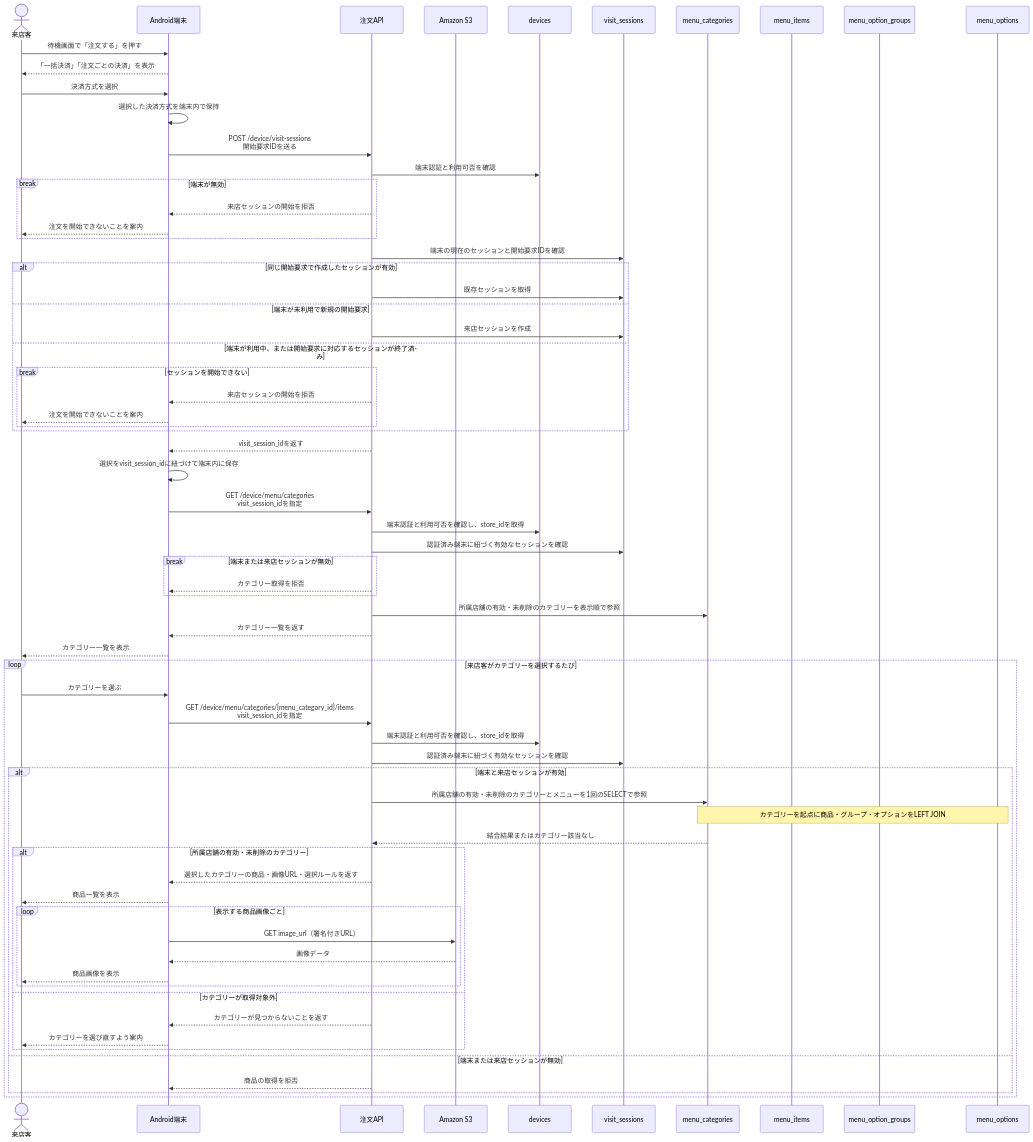
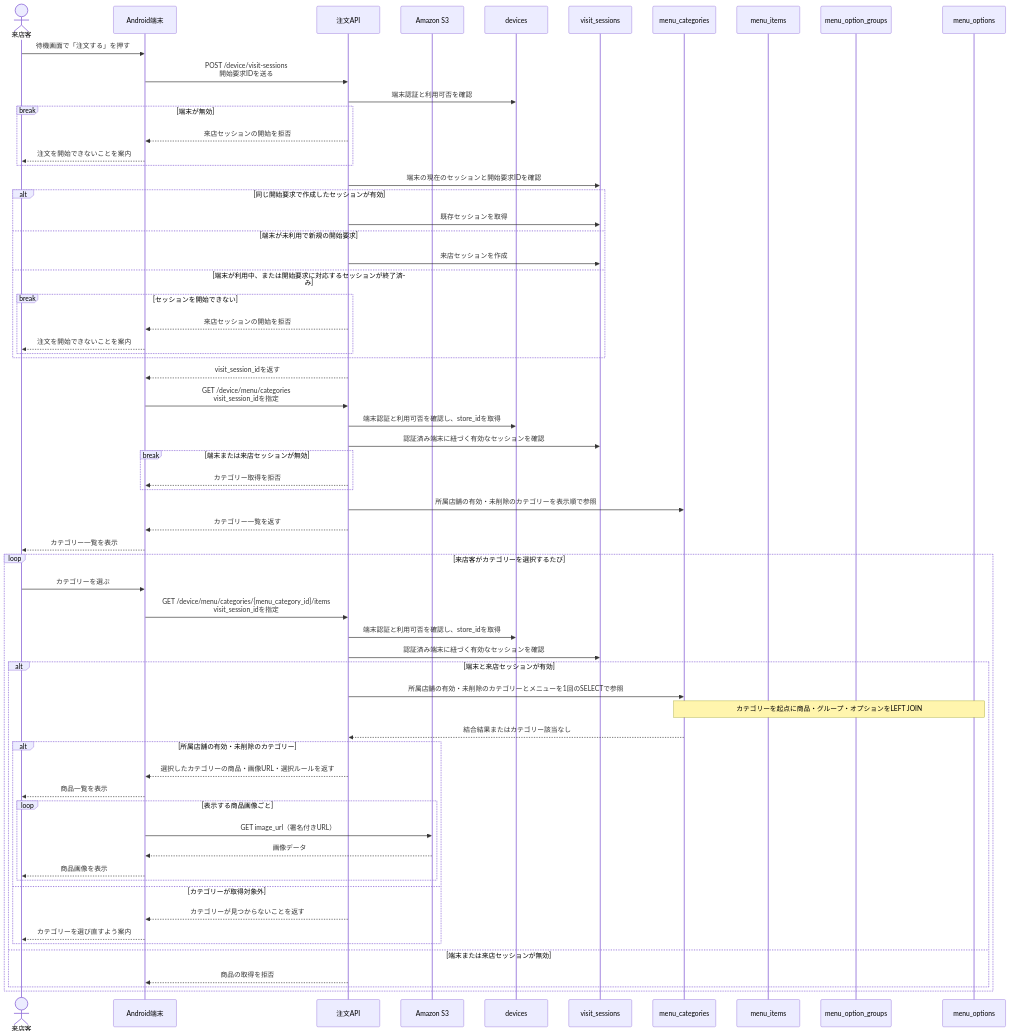
Before and after one commit to terao06/teraid-pay-api: the third of 9 diagrams in docs/メニューオーダーフロー.md, drawn with Mermaid. The commit also changed other lines of this file and 34 other files, not shown here.

````diff
--- a/docs/メニューオーダーフロー.md
+++ b/docs/メニューオーダーフロー.md
@@ -88,73 +88,69 @@
 ```mermaid
 sequenceDiagram
     actor Guest as 来店客
     participant Device as Android端末
     participant API as 注文API
     participant S3 as Amazon S3
     participant Devices as devices
     participant Visits as visit_sessions
     participant Categories as menu_categories
     participant Items as menu_items
     participant Groups as menu_option_groups
     participant Options as menu_options
 
     Guest->>Device: 待機画面で「注文する」を押す
-    Device-->>Guest: 「一括決済」「注文ごとの決済」を表示
-    Guest->>Device: 決済方式を選択
-    Device->>Device: 選択した決済方式を端末内で保持
     Device->>API: POST /device/visit-sessions<br/>開始要求IDを送る
     API->>Devices: 端末認証と利用可否を確認
     break 端末が無効
         API-->>Device: 来店セッションの開始を拒否
         Device-->>Guest: 注文を開始できないことを案内
     end
     API->>Visits: 端末の現在のセッションと開始要求IDを確認
     alt 同じ開始要求で作成したセッションが有効
         API->>Visits: 既存セッションを取得
     else 端末が未利用で新規の開始要求
         API->>Visits: 来店セッションを作成
     else 端末が利用中、または開始要求に対応するセッションが終了済み
         break セッションを開始できない
             API-->>Device: 来店セッションの開始を拒否
             Device-->>Guest: 注文を開始できないことを案内
         end
     end
     API-->>Device: visit_session_idを返す
-    Device->>Device: 選択をvisit_session_idに紐づけて端末内に保存
 
     Device->>API: GET /device/menu/categories<br/>visit_session_idを指定
     API->>Devices: 端末認証と利用可否を確認し、store_idを取得
     API->>Visits: 認証済み端末に紐づく有効なセッションを確認
     break 端末または来店セッションが無効
         API-->>Device: カテゴリー取得を拒否
     end
     API->>Categories: 所属店舗の有効・未削除のカテゴリーを表示順で参照
     API-->>Device: カテゴリー一覧を返す
     Device-->>Guest: カテゴリー一覧を表示
 
     loop 来店客がカテゴリーを選択するたび
         Guest->>Device: カテゴリーを選ぶ
         Device->>API: GET /device/menu/categories/{menu_category_id}/items<br/>visit_session_idを指定
         API->>Devices: 端末認証と利用可否を確認し、store_idを取得
         API->>Visits: 認証済み端末に紐づく有効なセッションを確認
         alt 端末と来店セッションが有効
             API->>Categories: 所属店舗の有効・未削除のカテゴリーとメニューを1回のSELECTで参照
             Note over Categories,Options: カテゴリーを起点に商品・グループ・オプションをLEFT JOIN
             Categories-->>API: 結合結果またはカテゴリー該当なし
             alt 所属店舗の有効・未削除のカテゴリー
                 API-->>Device: 選択したカテゴリーの商品・画像URL・選択ルールを返す
                 Device-->>Guest: 商品一覧を表示
                 loop 表示する商品画像ごと
                     Device->>S3: GET image_url（署名付きURL）
                     S3-->>Device: 画像データ
                     Device-->>Guest: 商品画像を表示
                 end
             else カテゴリーが取得対象外
                 API-->>Device: カテゴリーが見つからないことを返す
                 Device-->>Guest: カテゴリーを選び直すよう案内
             end
         else 端末または来店セッションが無効
             API-->>Device: 商品の取得を拒否
         end
     end
 ```
````
